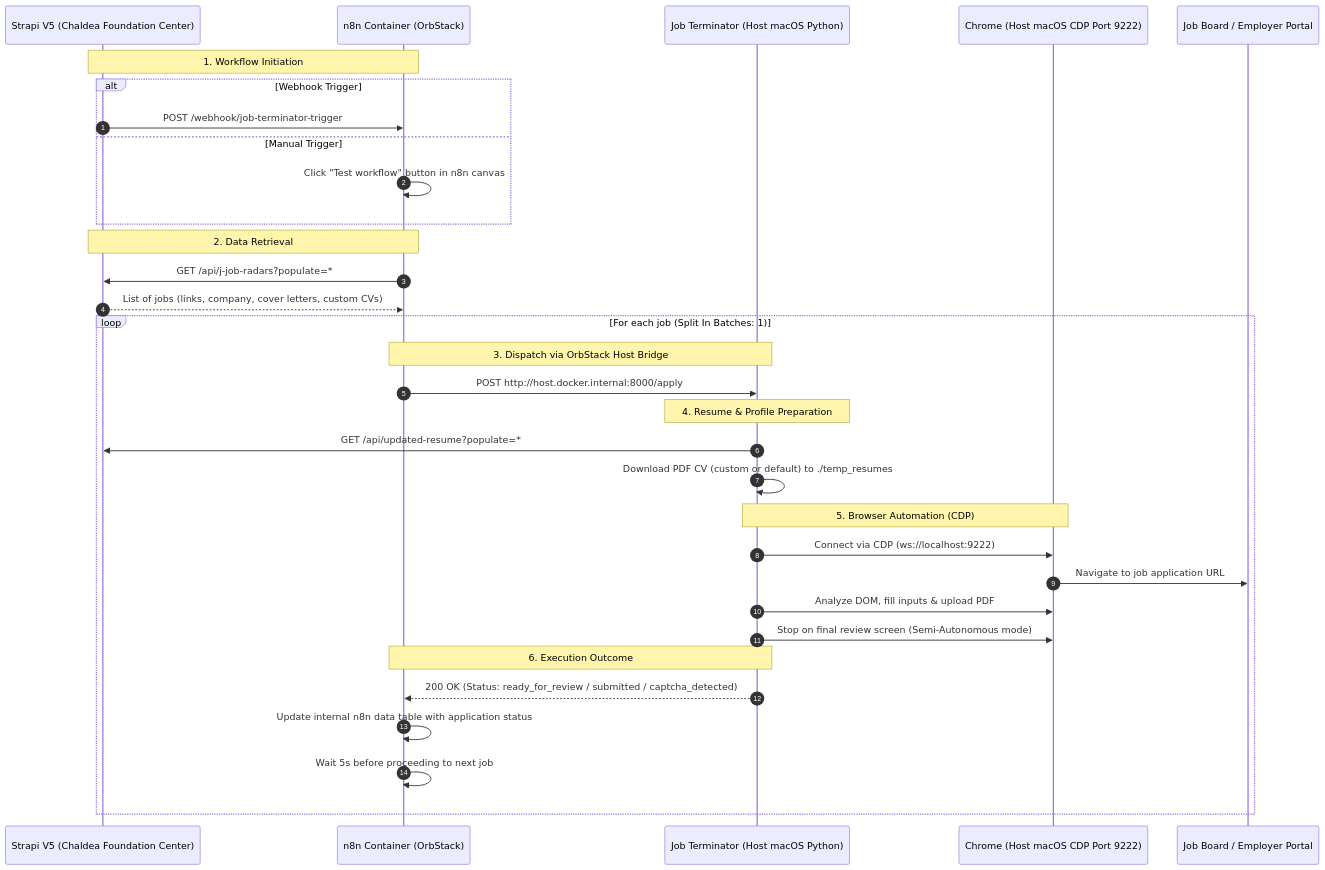
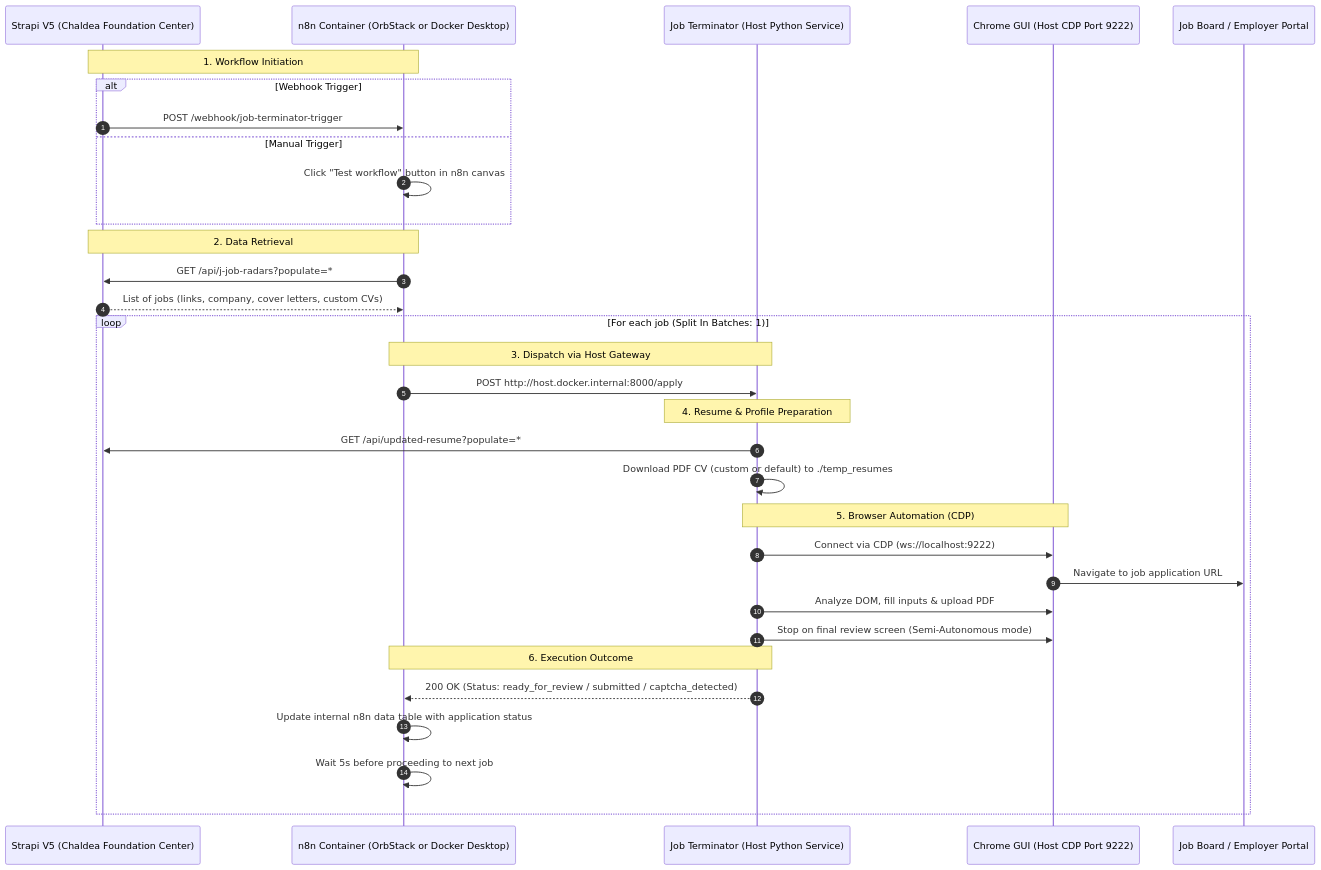
One commit to TheMrCorvy/job-terminator changed the diagram in README.md. Above: the diagram before and after it, drawn with Mermaid. The commit also changed other lines of this file, not shown here.

Commit message:
added docs for duall host

````diff
--- a/README.md
+++ b/README.md
@@ -28,40 +42,40 @@
 ```mermaid
 sequenceDiagram
     autonumber
     participant Strapi as Strapi V5 (Chaldea Foundation Center)
-    participant n8n as n8n Container (OrbStack)
-    participant Agent as Job Terminator (Host macOS Python)
-    participant Chrome as Chrome (Host macOS CDP Port 9222)
+    participant n8n as n8n Container (OrbStack or Docker Desktop)
+    participant Agent as Job Terminator (Host Python Service)
+    participant Chrome as Chrome GUI (Host CDP Port 9222)
     participant Portal as Job Board / Employer Portal
 
     Note over Strapi, n8n: 1. Workflow Initiation
     alt Webhook Trigger
         Strapi->>n8n: POST /webhook/job-terminator-trigger
     else Manual Trigger
         n8n->>n8n: Click "Test workflow" button in n8n canvas
     end
 
     Note over n8n, Strapi: 2. Data Retrieval
     n8n->>Strapi: GET /api/j-job-radars?populate=*
     Strapi-->>n8n: List of jobs (links, company, cover letters, custom CVs)
 
     loop For each job (Split In Batches: 1)
-        Note over n8n, Agent: 3. Dispatch via OrbStack Host Bridge
+        Note over n8n, Agent: 3. Dispatch via Host Gateway
         n8n->>Agent: POST http://host.docker.internal:8000/apply
         
         Note over Agent: 4. Resume & Profile Preparation
         Agent->>Strapi: GET /api/updated-resume?populate=*
         Agent->>Agent: Download PDF CV (custom or default) to ./temp_resumes
         
         Note over Agent, Chrome: 5. Browser Automation (CDP)
         Agent->>Chrome: Connect via CDP (ws://localhost:9222)
         Chrome->>Portal: Navigate to job application URL
         Agent->>Chrome: Analyze DOM, fill inputs & upload PDF
         Agent->>Chrome: Stop on final review screen (Semi-Autonomous mode)
         
         Note over Agent, n8n: 6. Execution Outcome
         Agent-->>n8n: 200 OK (Status: ready_for_review / submitted / captcha_detected)
         n8n->>n8n: Update internal n8n data table with application status
         n8n->>n8n: Wait 5s before proceeding to next job
     end
 ```
````
